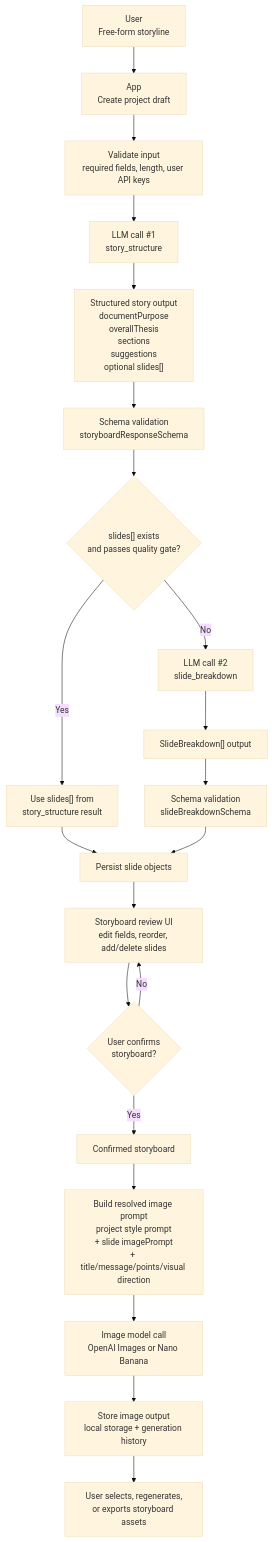
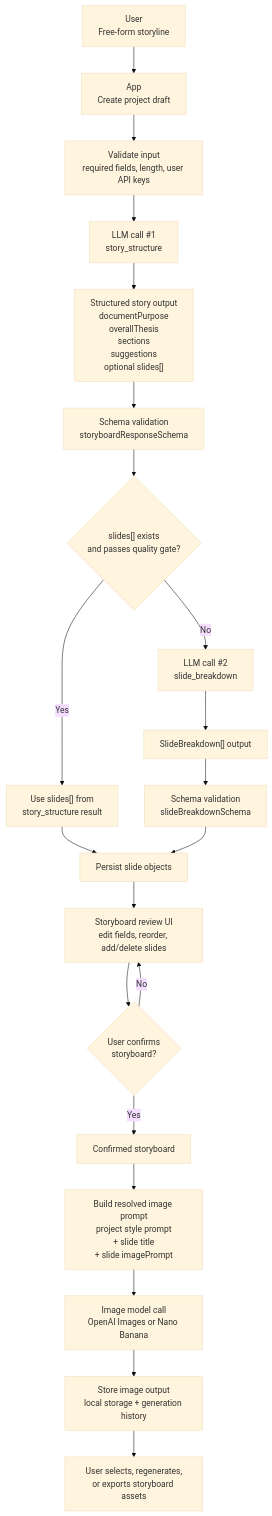
The first of 2 diagrams in README.md (Gyu-bot/deck_storyboard), drawn with Mermaid (base theme) before and after one commit. The commit also changed other lines of this file and 3 other files, not shown here.

````diff
--- a/README.md
+++ b/README.md
@@ -63,29 +199,29 @@
 ```mermaid
 flowchart TD
   A["User<br/>Free-form storyline"] --> B["App<br/>Create project draft"]
   B --> C["Validate input<br/>required fields, length, user API keys"]
 
   C --> D["LLM call #1<br/>story_structure"]
   D --> E["Structured story output<br/>documentPurpose<br/>overallThesis<br/>sections<br/>suggestions<br/>optional slides[]"]
   E --> F["Schema validation<br/>storyboardResponseSchema"]
 
   F --> G{"slides[] exists<br/>and passes quality gate?"}
 
   G -- "Yes" --> H["Use slides[] from<br/>story_structure result"]
   G -- "No" --> I["LLM call #2<br/>slide_breakdown"]
   I --> J["SlideBreakdown[] output"]
   J --> K["Schema validation<br/>slideBreakdownSchema"]
 
   H --> L["Persist slide objects"]
   K --> L
 
   L --> M["Storyboard review UI<br/>edit fields, reorder, add/delete slides"]
   M --> N{"User confirms<br/>storyboard?"}
   N -- "No" --> M
   N -- "Yes" --> O["Confirmed storyboard"]
 
-  O --> P["Build resolved image prompt<br/>project style prompt<br/>+ slide imagePrompt<br/>+ title/message/points/visual direction"]
+  O --> P["Build resolved image prompt<br/>project style prompt<br/>+ slide title<br/>+ slide imagePrompt"]
   P --> Q["Image model call<br/>OpenAI Images or Nano Banana"]
   Q --> R["Store image output<br/>local storage + generation history"]
   R --> S["User selects, regenerates,<br/>or exports storyboard assets"]
 ```
````
